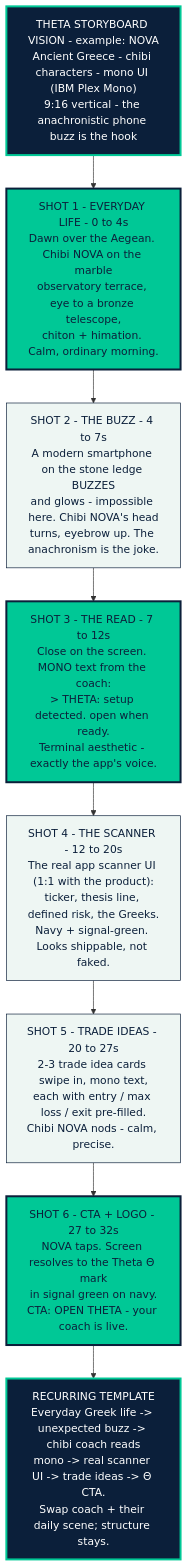
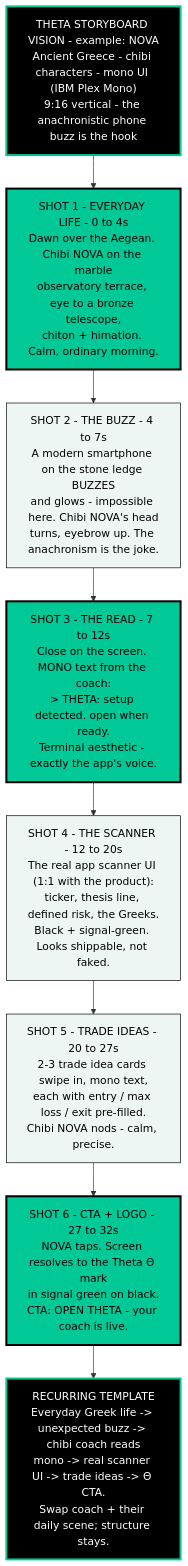
Before and after one commit to Dr-Duner/Dr-Duner: the diagram in theta/storyboard-vision-nova.mmd, drawn with Mermaid. The commit also changed 11 other files, not shown here.

First line of the commit message:
Global palette change: navy → black background; text = coach color

```diff
--- a/theta/storyboard-vision-nova.mmd
+++ b/theta/storyboard-vision-nova.mmd
@@ -1,20 +1,20 @@
 flowchart TB
   H["THETA STORYBOARD VISION - example: NOVA<br/>Ancient Greece - chibi characters - mono UI (IBM Plex Mono)<br/>9:16 vertical - the anachronistic phone buzz is the hook"]:::brand
   H --> S1
   S1["SHOT 1 - EVERYDAY LIFE - 0 to 4s<br/>Dawn over the Aegean. Chibi NOVA on the marble<br/>observatory terrace, eye to a bronze telescope,<br/>chiton + himation. Calm, ordinary morning."]:::nova
   S1 --> S2
   S2["SHOT 2 - THE BUZZ - 4 to 7s<br/>A modern smartphone on the stone ledge BUZZES<br/>and glows - impossible here. Chibi NOVA's head<br/>turns, eyebrow up. The anachronism is the joke."]:::shot
   S2 --> S3
   S3["SHOT 3 - THE READ - 7 to 12s<br/>Close on the screen. MONO text from the coach:<br/>&gt; THETA: setup detected. open when ready.<br/>Terminal aesthetic - exactly the app's voice."]:::nova
   S3 --> S4
-  S4["SHOT 4 - THE SCANNER - 12 to 20s<br/>The real app scanner UI (1:1 with the product):<br/>ticker, thesis line, defined risk, the Greeks.<br/>Navy + signal-green. Looks shippable, not faked."]:::shot
+  S4["SHOT 4 - THE SCANNER - 12 to 20s<br/>The real app scanner UI (1:1 with the product):<br/>ticker, thesis line, defined risk, the Greeks.<br/>Black + signal-green. Looks shippable, not faked."]:::shot
   S4 --> S5
   S5["SHOT 5 - TRADE IDEAS - 20 to 27s<br/>2-3 trade idea cards swipe in, mono text,<br/>each with entry / max loss / exit pre-filled.<br/>Chibi NOVA nods - calm, precise."]:::shot
   S5 --> S6
-  S6["SHOT 6 - CTA + LOGO - 27 to 32s<br/>NOVA taps. Screen resolves to the Theta Θ mark<br/>in signal green on navy.<br/>CTA: OPEN THETA - your coach is live."]:::nova
+  S6["SHOT 6 - CTA + LOGO - 27 to 32s<br/>NOVA taps. Screen resolves to the Theta Θ mark<br/>in signal green on black.<br/>CTA: OPEN THETA - your coach is live."]:::nova
   S6 --> F
   F["RECURRING TEMPLATE<br/>Everyday Greek life -> unexpected buzz -> chibi coach reads<br/>mono -> real scanner UI -> trade ideas -> Θ CTA.<br/>Swap coach + their daily scene; structure stays."]:::brand
 
-  classDef brand fill:#0b1f3a,color:#ffffff,stroke:#00c896,stroke-width:3px;
-  classDef nova fill:#00c896,color:#0b1f3a,stroke:#0b1f3a,stroke-width:3px;
-  classDef shot fill:#eef6f3,color:#0b1f3a,stroke:#0b1f3a,stroke-width:1px;
+  classDef brand fill:#000000,color:#ffffff,stroke:#00c896,stroke-width:3px;
+  classDef nova fill:#00c896,color:#000000,stroke:#000000,stroke-width:3px;
+  classDef shot fill:#eef6f3,color:#000000,stroke:#000000,stroke-width:1px;
```
